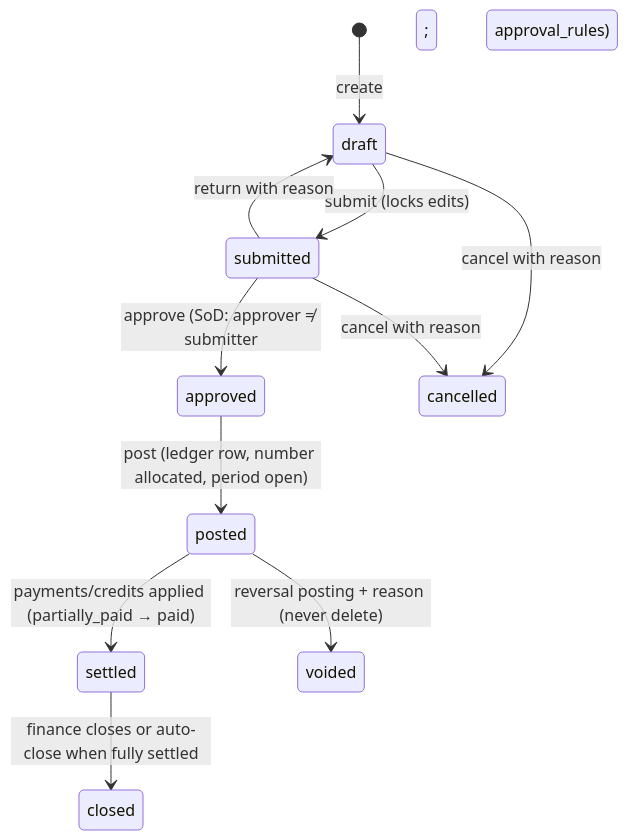
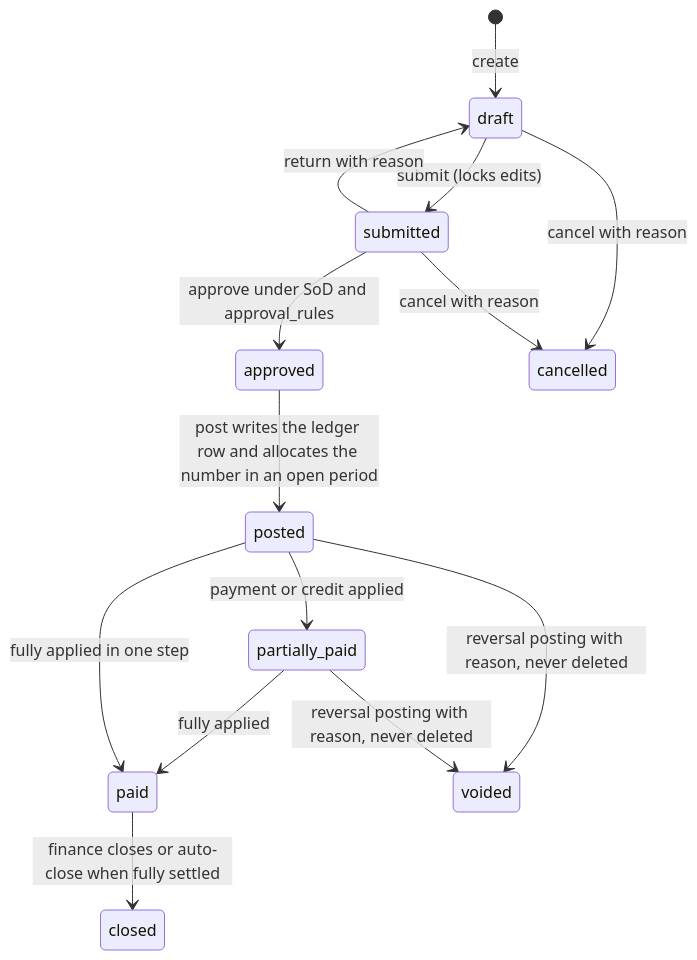
One commit to jaygglypuff/bryels-care changed the first of 4 diagrams in docs/modules/finance.md. Above: the diagram before and after it, drawn with Mermaid. The commit also changed other lines of this file and 1 other file, not shown here.

First line of the commit message:
Apply review fixes to finance scope and reports/templates

````diff
--- a/docs/modules/finance.md
+++ b/docs/modules/finance.md
@@ -88,13 +88,16 @@
 ```mermaid
 stateDiagram-v2
   [*] --> draft : create
   draft --> submitted : submit (locks edits)
   submitted --> draft : return with reason
-  submitted --> approved : approve (SoD: approver ≠ submitter; approval_rules)
-  approved --> posted : post (ledger row, number allocated, period open)
+  submitted --> approved : approve under SoD and approval_rules
+  approved --> posted : post writes the ledger row and allocates the number in an open period
   draft --> cancelled : cancel with reason
   submitted --> cancelled : cancel with reason
-  posted --> settled : payments/credits applied (partially_paid → paid)
-  posted --> voided : reversal posting + reason (never delete)
-  settled --> closed : finance closes or auto-close when fully settled
+  posted --> partially_paid : payment or credit applied
+  partially_paid --> paid : fully applied
+  posted --> paid : fully applied in one step
+  posted --> voided : reversal posting with reason, never deleted
+  partially_paid --> voided : reversal posting with reason, never deleted
+  paid --> closed : finance closes or auto-close when fully settled
 ```
````
